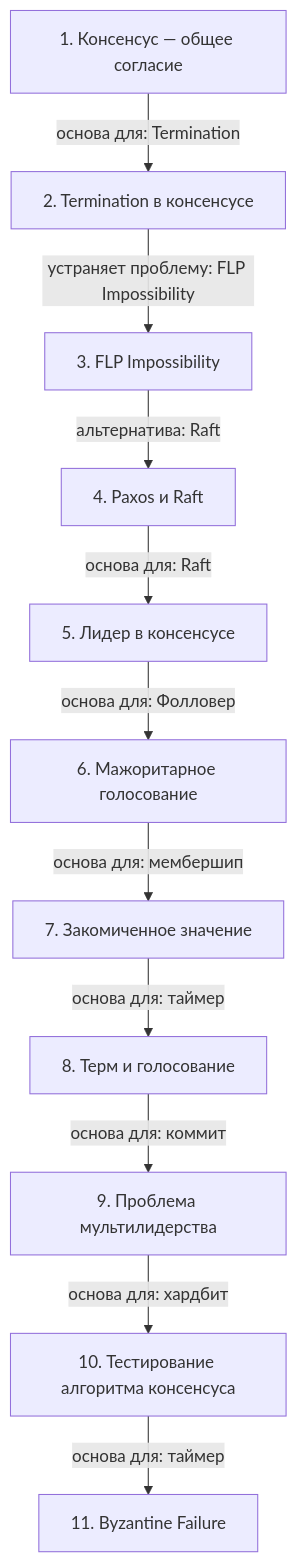
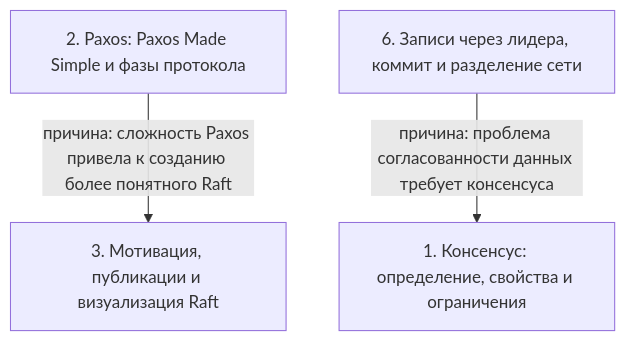
One commit to AsoloCode/notes changed the diagram in SSL.BAND Систем Дизайн/06 - consensus/notes.md. Above: the diagram before and after it, drawn with Mermaid. The commit also changed other lines of this file and 391 other files, not shown here.

````diff
--- a/SSL.BAND Систем Дизайн/06 - consensus/notes.md
+++ b/SSL.BAND Систем Дизайн/06 - consensus/notes.md
@@ -142,24 +199,9 @@
 ```mermaid
 flowchart TD
-    n1["1. Консенсус — общее согласие"]
-    n2["2. Termination в консенсусе"]
-    n3["3. FLP Impossibility"]
-    n4["4. Paxos и Raft"]
-    n5["5. Лидер в консенсусе"]
-    n6["6. Мажоритарное голосование"]
-    n7["7. Закомиченное значение"]
-    n8["8. Терм и голосование"]
-    n9["9. Проблема мультилидерства"]
-    n10["10. Тестирование алгоритма консенсуса"]
-    n11["11. Byzantine Failure"]
-    n1 -->|основа для: Termination| n2
-    n2 -->|устраняет проблему: FLP Impossibility| n3
-    n3 -->|альтернатива: Raft| n4
-    n4 -->|основа для: Raft| n5
-    n5 -->|основа для: Фолловер| n6
-    n6 -->|основа для: мембершип| n7
-    n7 -->|основа для: таймер| n8
-    n8 -->|основа для: коммит| n9
-    n9 -->|основа для: хардбит| n10
-    n10 -->|основа для: таймер| n11
+    n1["1. Консенсус: определение, свойства и ограничения"]
+    n2["2. Paxos: Paxos Made Simple и фазы протокола"]
+    n3["3. Мотивация, публикации и визуализация Raft"]
+    n6["6. Записи через лидера, коммит и разделение сети"]
+    n6 -->|причина: проблема согласованности данных требует консенсуса| n1
+    n2 -->|причина: сложность Paxos привела к созданию более понятного Raft| n3
 ```
````
